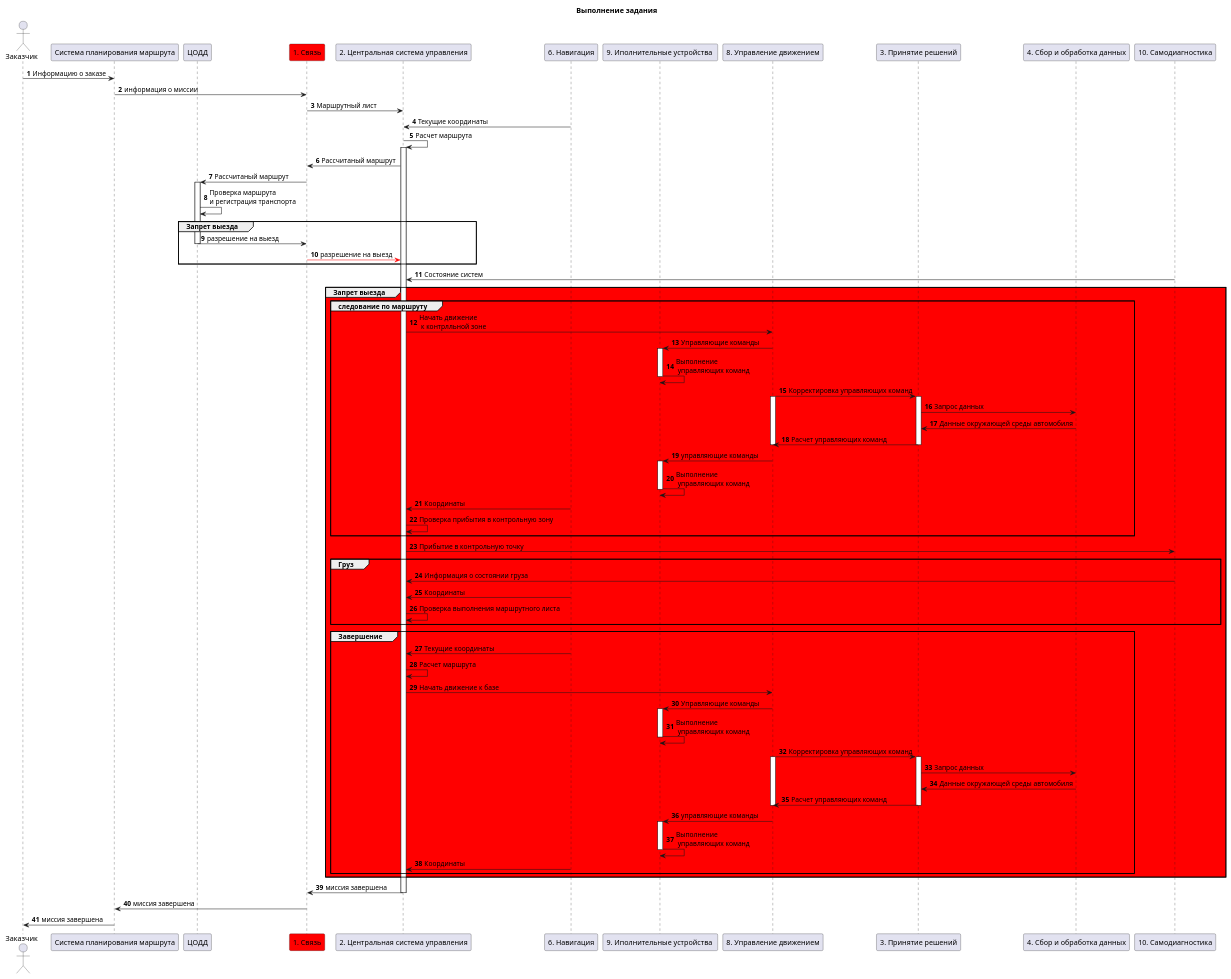
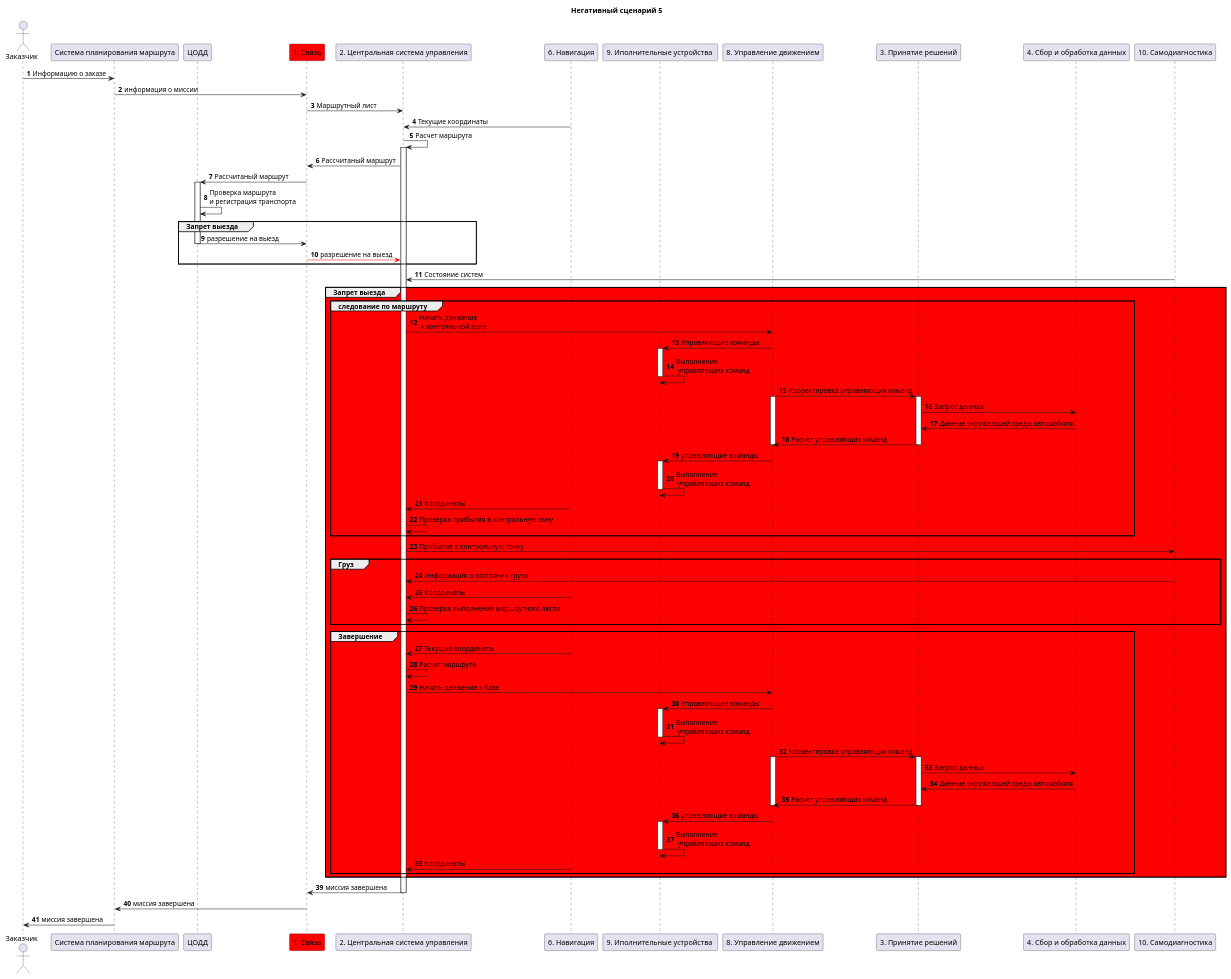
One commit to hedgehogsooo/conditionteams changed the diagram in images/НС-5.puml. Above: the diagram before and after it, drawn with PlantUML. The commit also changed 26 other files, not shown here.

```diff
--- a/images/НС-5.puml
+++ b/images/НС-5.puml
@@ -1,91 +1,91 @@
-@startuml НС-6
-title Выполнение задания
+@startuml НС-5
+title Негативный сценарий 5
 autonumber
 
 
 actor "Заказчик" as operator
 participant "Система планирования маршрута" as planingsystem
 participant "ЦОДД" as TSODD
 participant "1. Связь" as connection #Red
 participant "2. Центральная система управления" as centralsystem 
 participant "6. Навигация" as navigation
 participant "9. Иполнительные устройства " as actuators 
 participant "8. Управление движением" as traficcontrol
 participant "3. Принятие решений" as spr
 participant "4. Сбор и обработка данных" as data
 participant "10. Самодиагностика" as diagnoctik
 
 
 operator -> planingsystem: Информацию о заказе
 planingsystem-> connection: информация о миссии
 connection -> centralsystem : Маршрутный лист
 navigation -> centralsystem : Текущие координаты
 centralsystem -> centralsystem ++: Расчет маршрута
 centralsystem -> connection: Рассчитаный маршрут
 connection -> TSODD ++: Рассчитаный маршрут
 TSODD -> TSODD : Проверка маршрута \nи регистрация транспорта
 group Запрет выезда
 TSODD -> connection--: разрешение на выезд 
 connection -[#Red]> centralsystem : разрешение на выезд 
 end
 diagnoctik -> centralsystem : Состояние систем 
 
 group #Red Запрет выезда
 group следование по маршруту
 centralsystem ->  traficcontrol: Начать движение \n к контрлльной зоне
 traficcontrol -> actuators++: Управляющие команды
 actuators -> actuators--: Выполнение \n управляющих команд
 traficcontrol -> spr: Корректировка управляющих команд
 traficcontrol++
 spr++
 spr -> data: Запрос данных
 data -> spr: Данные окружающей среды автомобиля
 spr -> traficcontrol: Расчет управляющих команд
 spr--
 traficcontrol--
 traficcontrol -> actuators++: управляющие команды
 actuators -> actuators--: Выполнение \n управляющих команд
 navigation -> centralsystem: Координаты
 centralsystem -> centralsystem: Проверка прибытия в контрольную зону
 end
 
 
 centralsystem -> diagnoctik: Прибытие в контрольную точку
 group Груз
 diagnoctik -> centralsystem: Информация о состоянии груза
 navigation -> centralsystem: Координаты
 centralsystem -> centralsystem: Проверка выполнения маршрутного листа
 end
 
 
 group Завершение 
 navigation -> centralsystem: Текущие координаты
 centralsystem -> centralsystem: Расчет маршрута
 centralsystem ->  traficcontrol: Начать движение к базе 
 traficcontrol -> actuators++: Управляющие команды
 actuators -> actuators--: Выполнение \n управляющих команд
 
 
 traficcontrol -> spr: Корректировка управляющих команд
 traficcontrol++
 spr++
 spr -> data: Запрос данных
 data -> spr: Данные окружающей среды автомобиля
 spr -> traficcontrol: Расчет управляющих команд
 spr--
 traficcontrol--
 
 traficcontrol -> actuators++: управляющие команды
 actuators -> actuators--: Выполнение \n управляющих команд
 navigation -> centralsystem: Координаты
 end
 
 end
 
 centralsystem -> connection--: миссия завершена
 connection -> planingsystem: миссия завершена 
 planingsystem -> operator: миссия завершена
 
 
 
 @enduml
```
